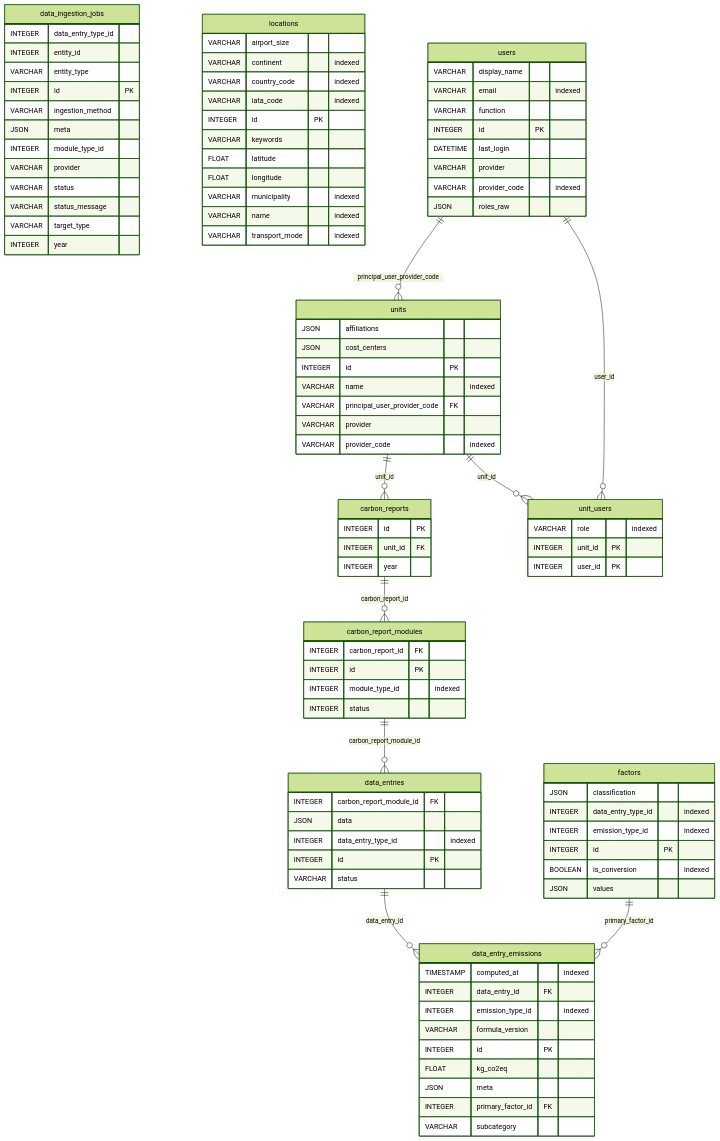
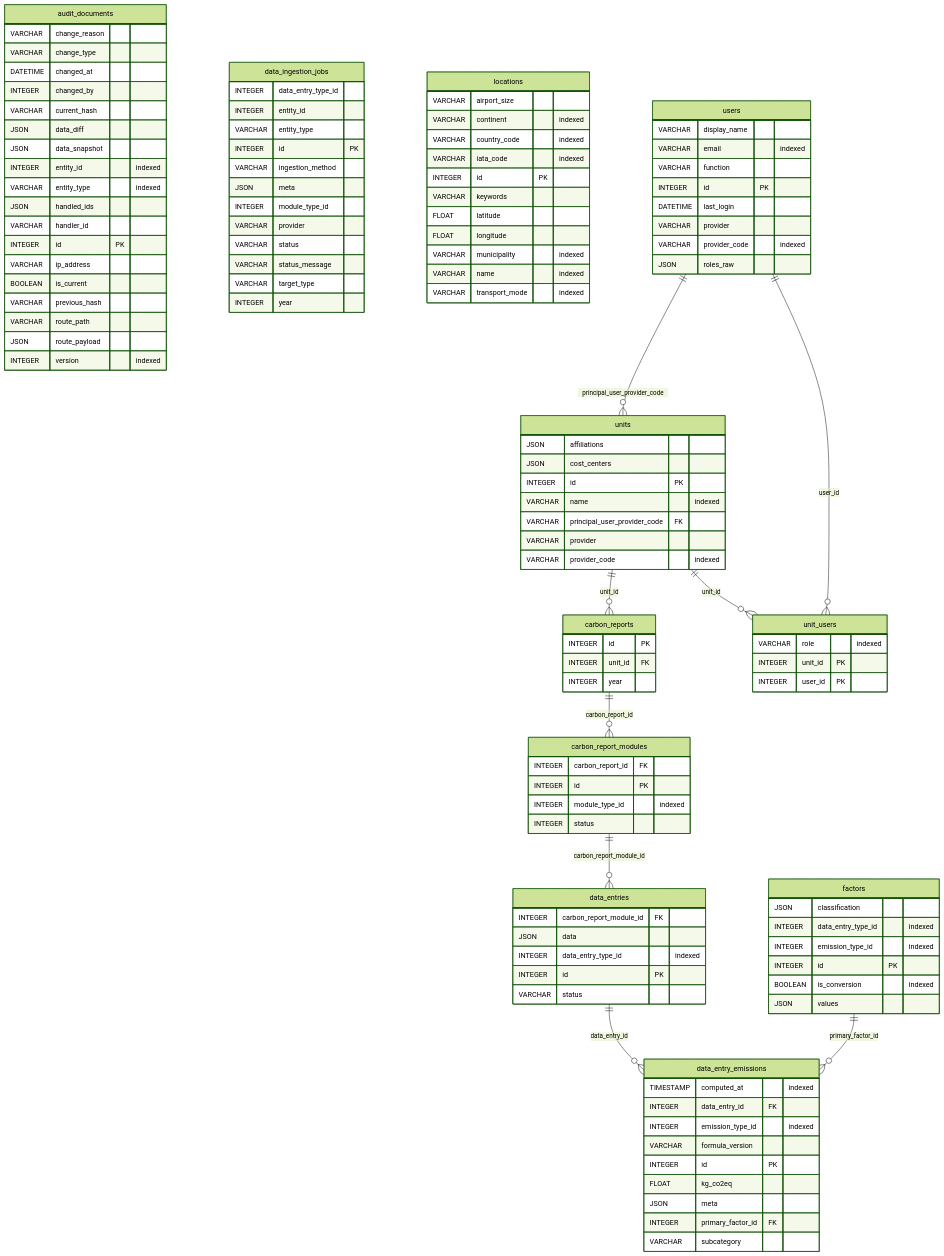
Before and after one commit to EPFL-ENAC/co2-calculator: the diagram in docs/src/database/erd.md, drawn with Mermaid (forest theme). The commit also changed 58 other files, not shown here.

````diff
--- a/docs/src/database/erd.md
+++ b/docs/src/database/erd.md
@@ -3,5 +3,25 @@
 ```mermaid
 erDiagram
+  audit_documents {
+    VARCHAR change_reason
+    VARCHAR change_type
+    DATETIME changed_at
+    INTEGER changed_by
+    VARCHAR current_hash
+    JSON data_diff
+    JSON data_snapshot
+    INTEGER entity_id "indexed"
+    VARCHAR entity_type "indexed"
+    JSON handled_ids
+    VARCHAR handler_id
+    INTEGER id PK
+    VARCHAR ip_address
+    BOOLEAN is_current
+    VARCHAR previous_hash
+    VARCHAR route_path
+    JSON route_payload
+    INTEGER version "indexed"
+  }
   carbon_report_modules {
     INTEGER carbon_report_id FK
     INTEGER id PK
````
